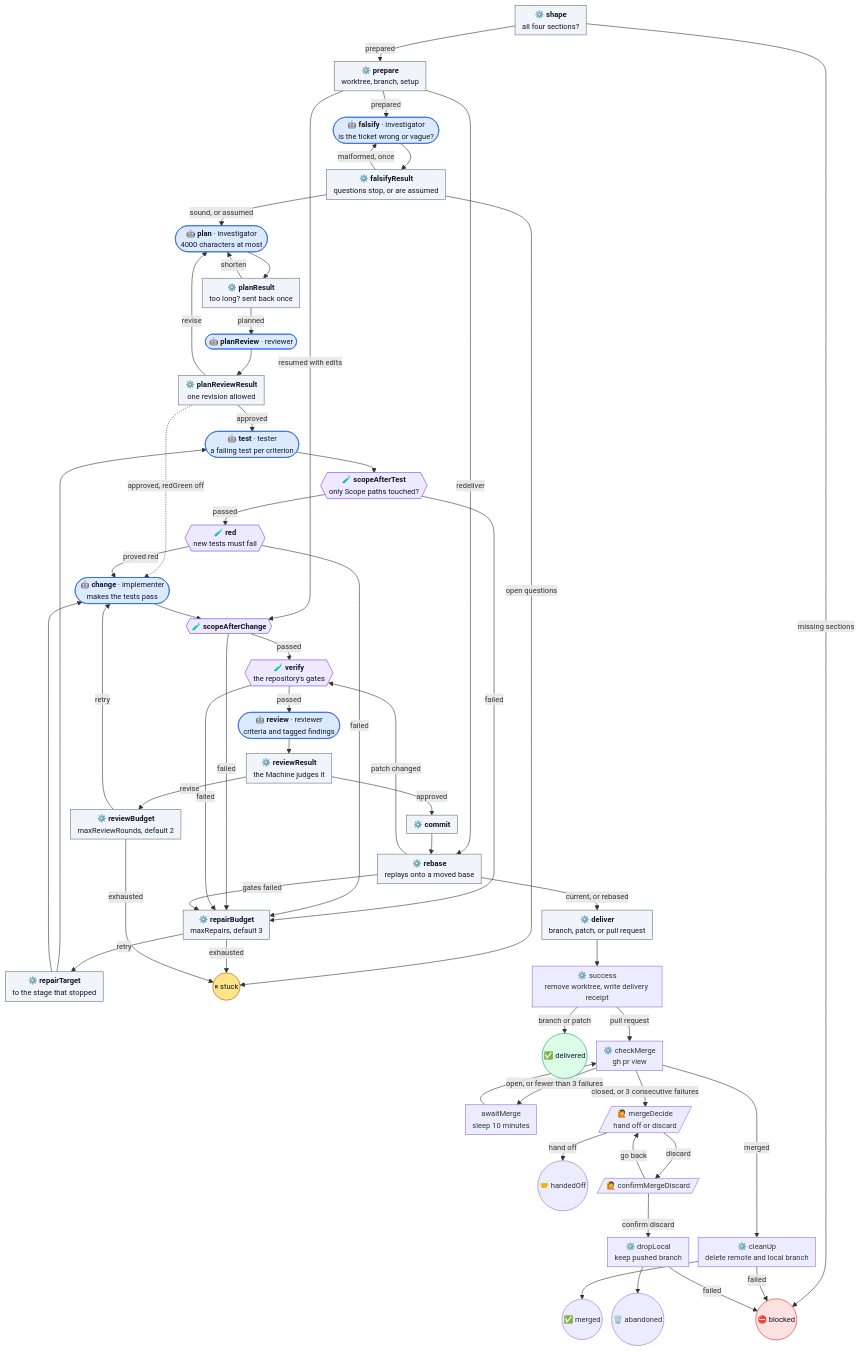
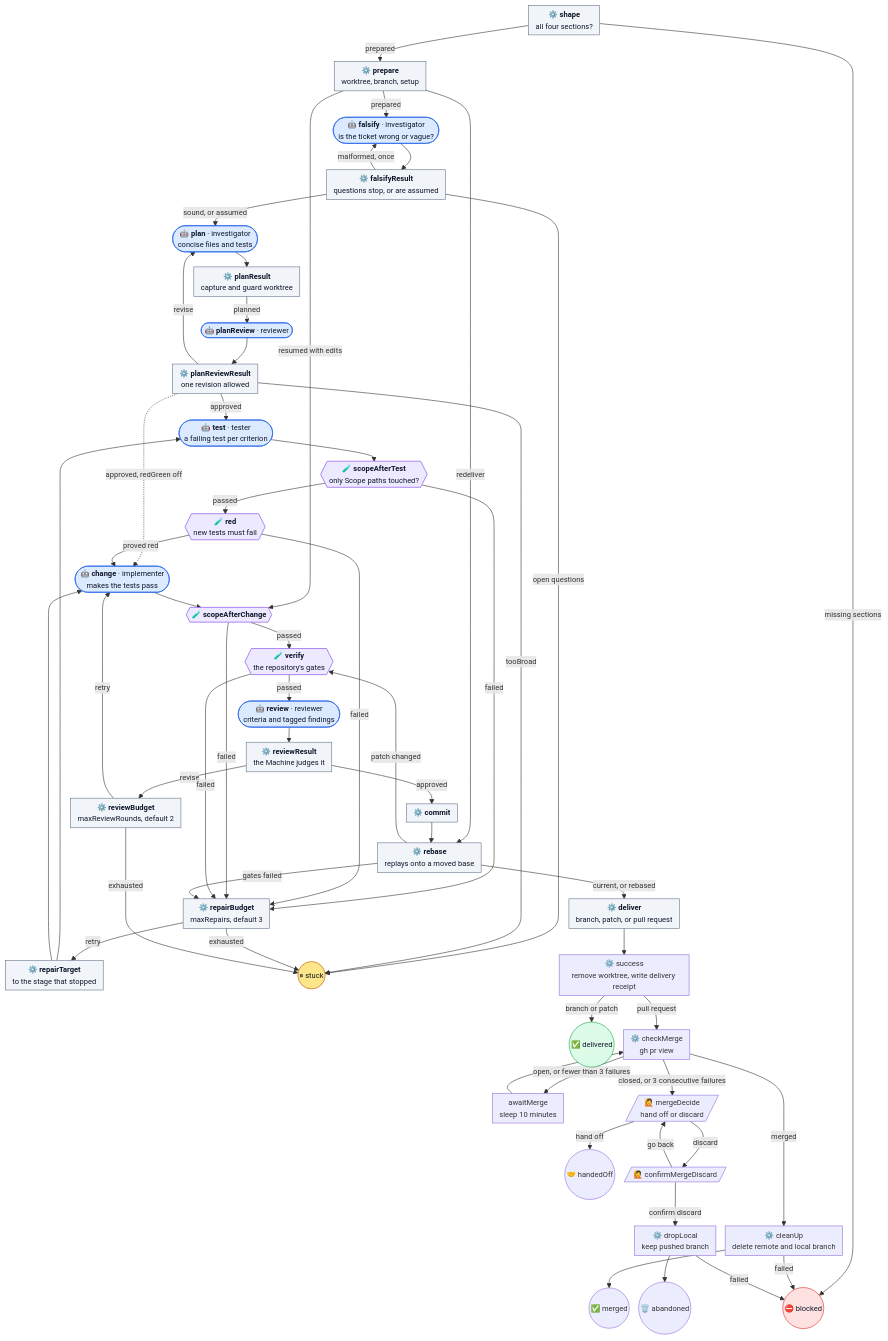
Before and after one commit to dna113p/machine-shop: the first of 2 diagrams in docs/workflows/ticket-task.md, drawn with Mermaid. The commit also changed other lines of this file and 4 other files, not shown here.

First line of the commit message:
The plan has no length limit; the plan reviewer keeps it concise and says when a ticket is too broad

```diff
--- a/docs/workflows/ticket-task.md
+++ b/docs/workflows/ticket-task.md
@@ -75,8 +75,8 @@
   prepare["⚙️ <b>prepare</b><br/>worktree, branch, setup"]
   falsify(["🤖 <b>falsify</b> · investigator<br/>is the ticket wrong or vague?"])
   falsifyResult["⚙️ <b>falsifyResult</b><br/>questions stop, or are assumed"]
-  plan(["🤖 <b>plan</b> · investigator<br/>4000 characters at most"])
-  planResult["⚙️ <b>planResult</b><br/>too long? sent back once"]
+  plan(["🤖 <b>plan</b> · investigator<br/>concise files and tests"])
+  planResult["⚙️ <b>planResult</b><br/>capture and guard worktree"]
   planReview(["🤖 <b>planReview</b> · reviewer"])
   planReviewResult["⚙️ <b>planReviewResult</b><br/>one revision allowed"]
   test(["🤖 <b>test</b> · tester<br/>a failing test per criterion"])
@@ -107,9 +107,9 @@
   falsifyResult -->|"sound, or assumed"| plan
   falsifyResult -->|"open questions"| stuck
   plan --> planResult
-  planResult -->|shorten| plan
   planResult -->|planned| planReview --> planReviewResult
   planReviewResult -->|revise| plan
+  planReviewResult -->|tooBroad| stuck
   planReviewResult -->|approved| test
   planReviewResult -.->|"approved, redGreen off"| change
   test --> scopeAfterTest
```
